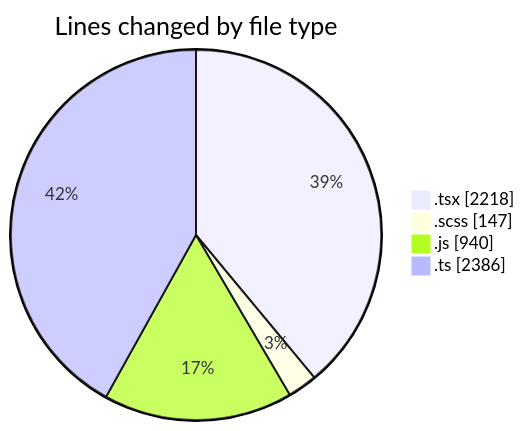
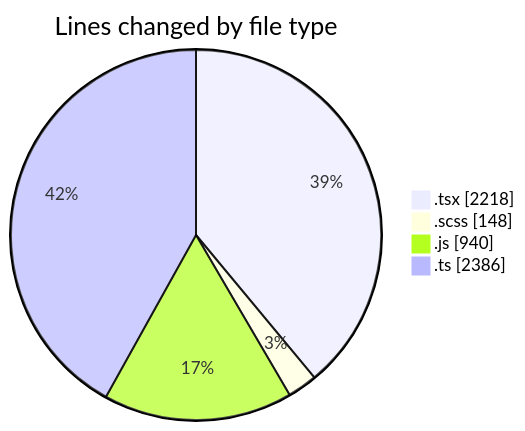
The first of 2 diagrams in 2026-07-15/cda/README.md (momahboobian/code-tracking), drawn with Mermaid before and after one commit. The commit also changed other lines of this file and 1 other file, not shown here.

````diff
--- a/2026-07-15/cda/README.md
+++ b/2026-07-15/cda/README.md
@@ -51,8 +51,8 @@
 ```mermaid
 pie showData
 title Lines changed by file type
 ".tsx" : 2218
-".scss" : 147
+".scss" : 148
 ".js" : 940
 ".ts" : 2386
 ```
````
